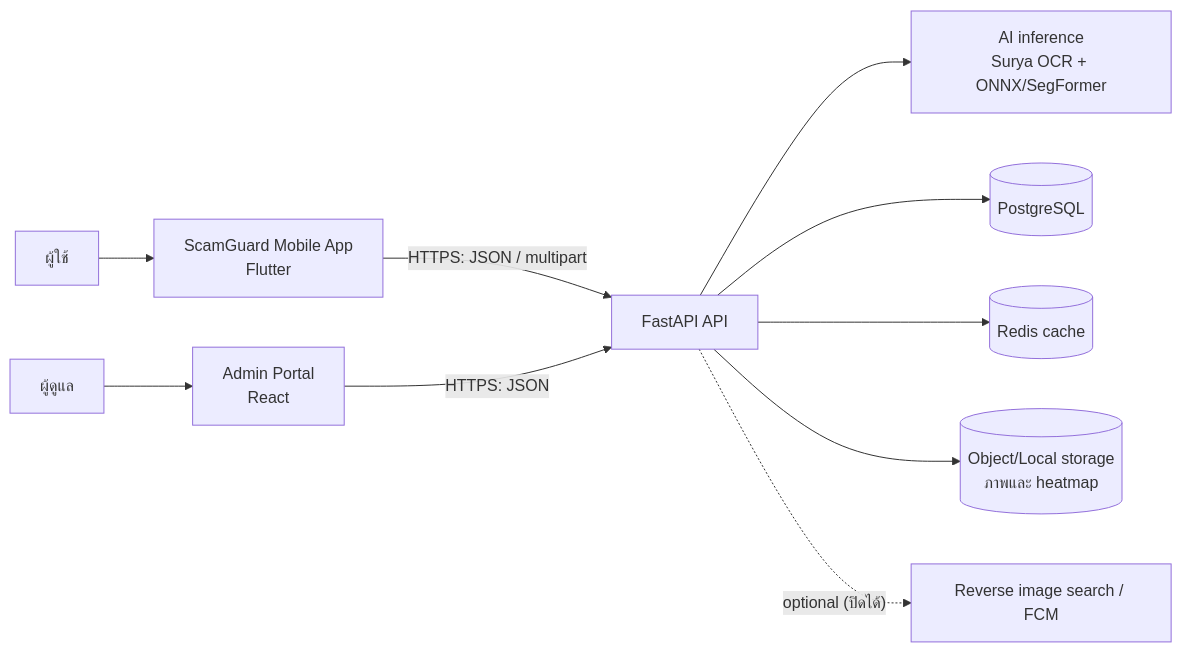
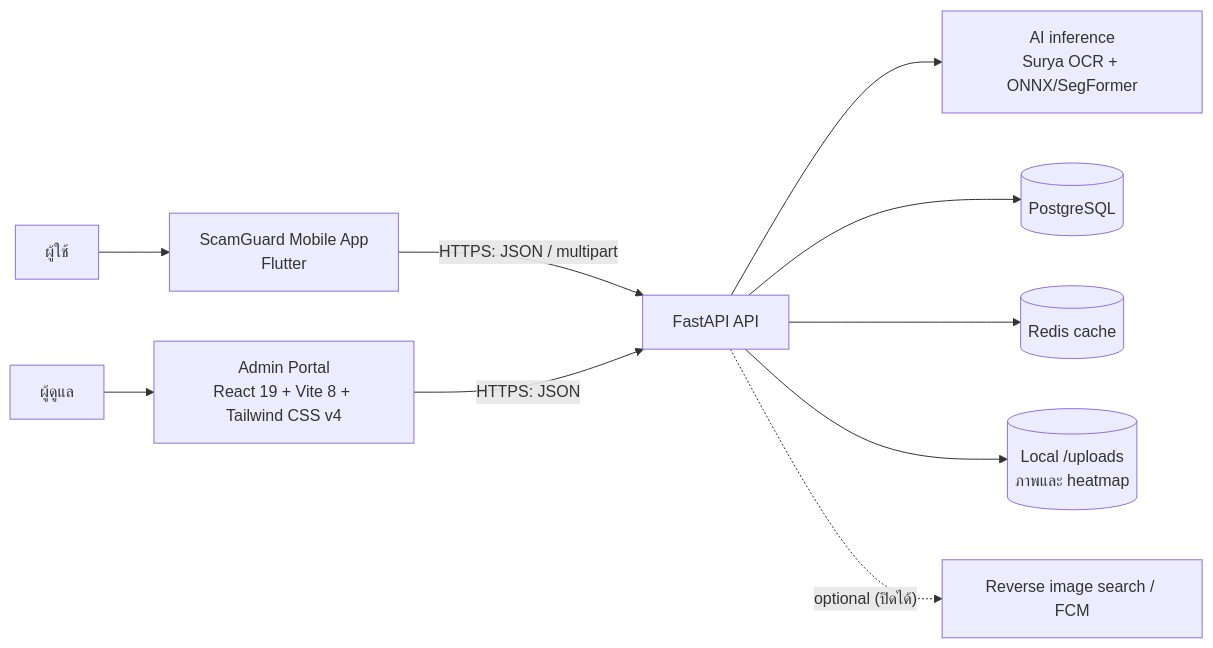
One commit to Panuwat-ta/project changed the first of 2 diagrams in Document/overview.md. Above: the diagram before and after it, drawn with Mermaid. The commit also changed other lines of this file and 143 other files, not shown here.

First line of the commit message:
Update traceability matrix, use case diagram, and test cases documentation

````diff
--- a/Document/overview.md
+++ b/Document/overview.md
@@ -19,12 +19,12 @@
 ```mermaid
 flowchart LR
     U[ผู้ใช้] --> M[ScamGuard Mobile App<br/>Flutter]
-    A[ผู้ดูแล] --> W[Admin Portal<br/>React]
+    A[ผู้ดูแล] --> W[Admin Portal<br/>React 19 + Vite 8 + Tailwind CSS v4]
     M -->|HTTPS: JSON / multipart| API[FastAPI API]
     W -->|HTTPS: JSON| API
     API --> AI[AI inference<br/>Surya OCR + ONNX/SegFormer]
     API --> DB[(PostgreSQL)]
     API --> CACHE[(Redis cache)]
-    API --> STORE[(Object/Local storage<br/>ภาพและ heatmap)]
+    API --> STORE[(Local /uploads<br/>ภาพและ heatmap)]
     API -. optional (ปิดได้) .-> EXT[Reverse image search / FCM]
 ```
````
